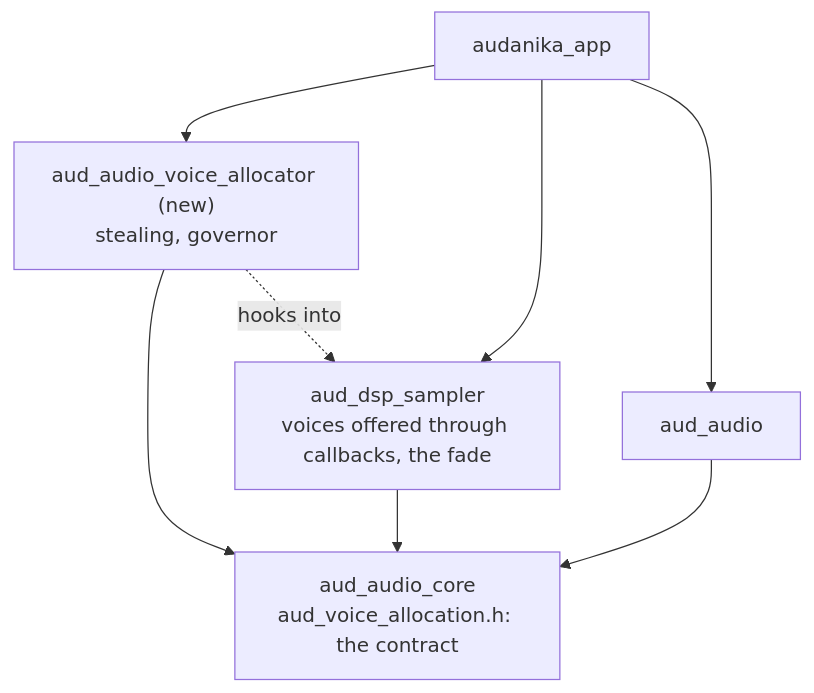
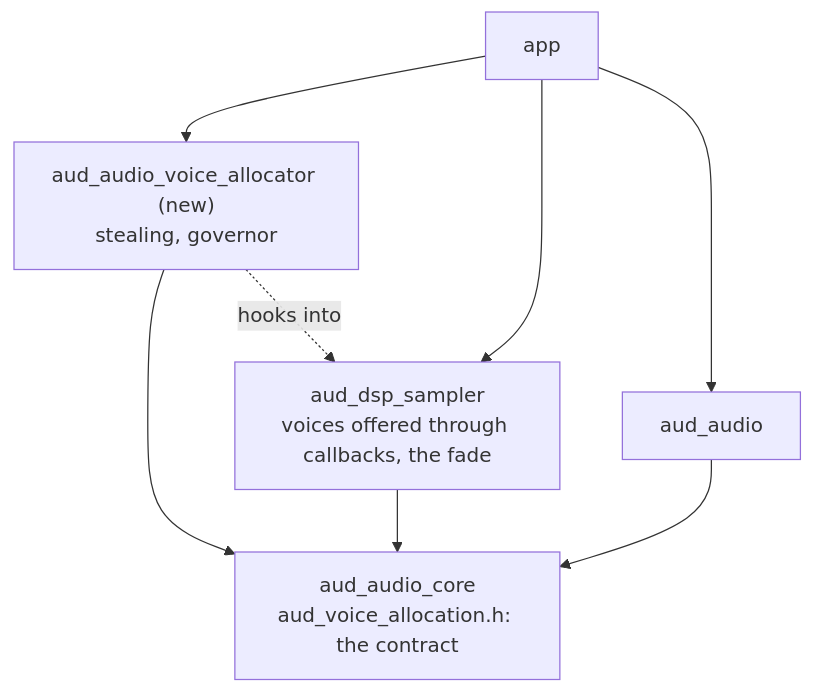
The diagram in doc/2026-Q4/tickets/2026-10-15-34-move-voice-stealing-and-the-governor-into-aud-audio-voice-allocator.md (audaudio/aud_audio_pm), drawn with Mermaid before and after one commit. The commit also changed other lines of this file and 43 other files, not shown here.

````diff
--- a/doc/2026-Q4/tickets/2026-10-15-34-move-voice-stealing-and-the-governor-into-aud-audio-voice-allocator.md
+++ b/doc/2026-Q4/tickets/2026-10-15-34-move-voice-stealing-and-the-governor-into-aud-audio-voice-allocator.md
@@ -98,15 +98,15 @@
 ```mermaid
 flowchart TB
   core["aud_audio_core<br/>aud_voice_allocation.h: the contract"]
   alloc["aud_audio_voice_allocator (new)<br/>stealing, governor"]
   sampler["aud_dsp_sampler<br/>voices offered through callbacks, the fade"]
   audio["aud_audio"]
-  app["audanika_app"]
+  app["app"]
   alloc --> core
   sampler --> core
   audio --> core
   app --> alloc
   app --> sampler
   app --> audio
   alloc -. hooks into .-> sampler
 ```
````
